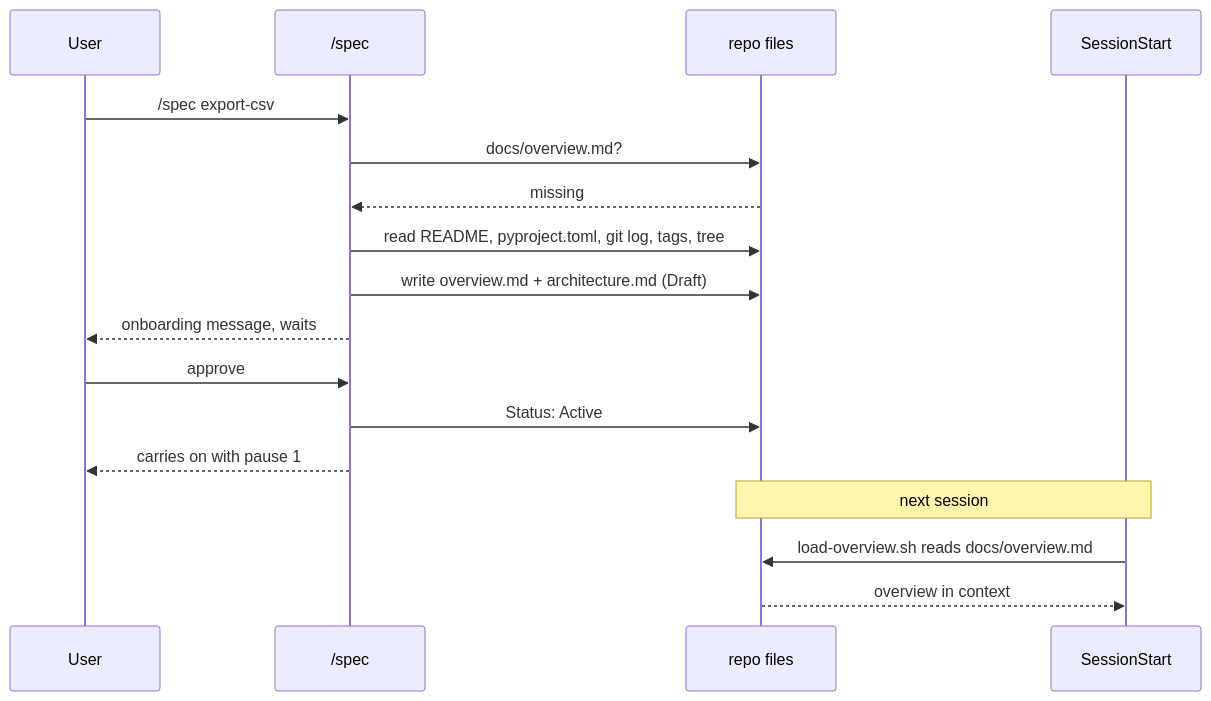
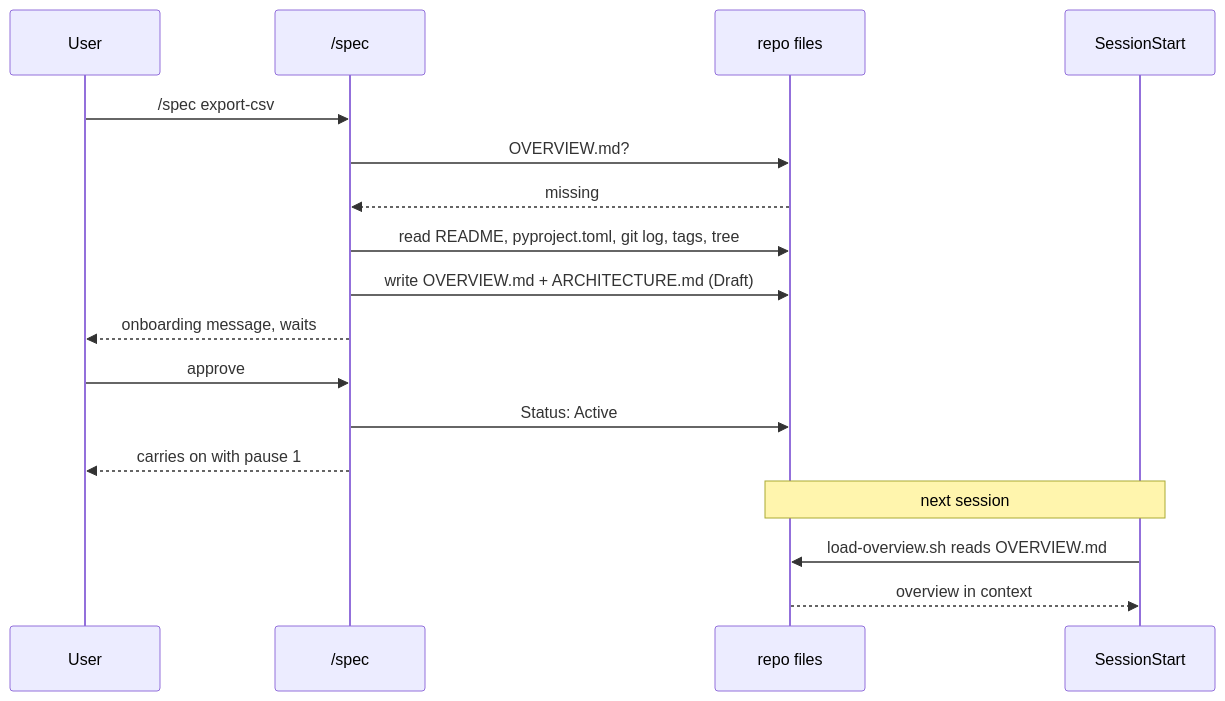
The fourth of 4 diagrams in docs/specs/auto-onboard.md (dzaffren/claude-plugin), drawn with Mermaid before and after one commit. The commit also changed other lines of this file and 3 other files, not shown here.

````diff
--- a/docs/specs/auto-onboard.md
+++ b/docs/specs/auto-onboard.md
@@ -296,19 +296,19 @@
 ```mermaid
 sequenceDiagram
     participant U as User
     participant S as /spec
     participant R as repo files
     participant H as SessionStart
     U->>S: /spec export-csv
-    S->>R: docs/overview.md?
+    S->>R: OVERVIEW.md?
     R-->>S: missing
     S->>R: read README, pyproject.toml, git log, tags, tree
-    S->>R: write overview.md + architecture.md (Draft)
+    S->>R: write OVERVIEW.md + ARCHITECTURE.md (Draft)
     S-->>U: onboarding message, waits
     U->>S: approve
     S->>R: Status: Active
     S-->>U: carries on with pause 1
     Note over H,R: next session
-    H->>R: load-overview.sh reads docs/overview.md
+    H->>R: load-overview.sh reads OVERVIEW.md
     R-->>H: overview in context
 ```
````
